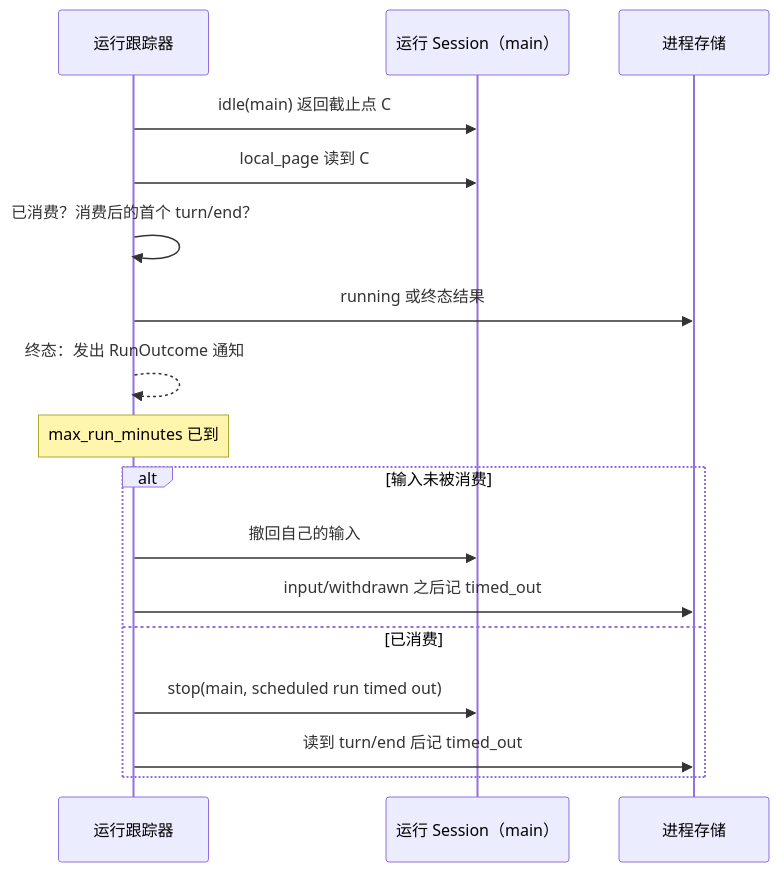
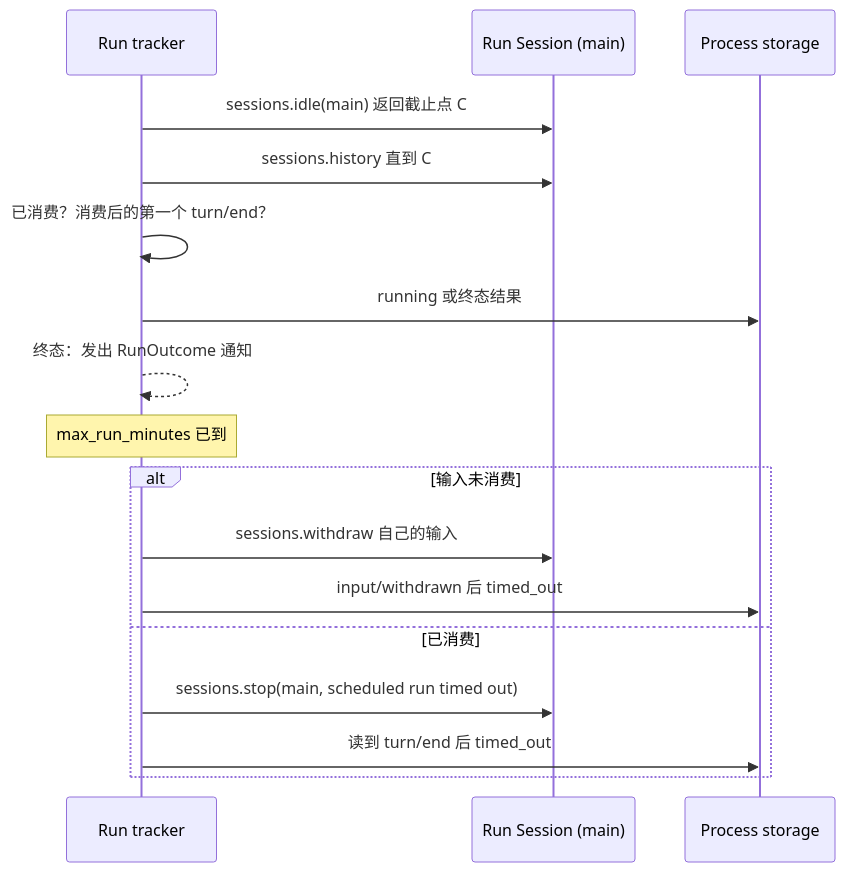
Before and after one commit to CoutinhoTTS/dim-agent: the fourth of 6 diagrams in docs/zh/design/plugins/Scheduler.md, drawn with Mermaid. The commit also changed other lines of this file and 18 other files, not shown here.

````diff
--- a/docs/zh/design/plugins/Scheduler.md
+++ b/docs/zh/design/plugins/Scheduler.md
@@ -107,19 +105,19 @@
 ```mermaid
 sequenceDiagram
-  participant R as 运行跟踪器
-  participant S as 运行 Session（main）
-  participant ST as 进程存储
-  R->>S: idle(main) 返回截止点 C
-  R->>S: local_page 读到 C
-  R->>R: 已消费？消费后的首个 turn/end？
+  participant R as Run tracker
+  participant S as Run Session (main)
+  participant ST as Process storage
+  R->>S: sessions.idle(main) 返回截止点 C
+  R->>S: sessions.history 直到 C
+  R->>R: 已消费？消费后的第一个 turn/end？
   R->>ST: running 或终态结果
   R-->>R: 终态：发出 RunOutcome 通知
   Note over R: max_run_minutes 已到
-  alt 输入未被消费
-    R->>S: 撤回自己的输入
-    R->>ST: input/withdrawn 之后记 timed_out
+  alt 输入未消费
+    R->>S: sessions.withdraw 自己的输入
+    R->>ST: input/withdrawn 后 timed_out
   else 已消费
-    R->>S: stop(main, scheduled run timed out)
-    R->>ST: 读到 turn/end 后记 timed_out
+    R->>S: sessions.stop(main, scheduled run timed out)
+    R->>ST: 读到 turn/end 后 timed_out
   end
 ```
````
